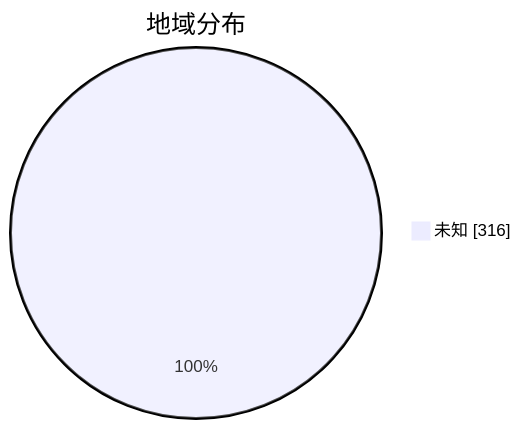
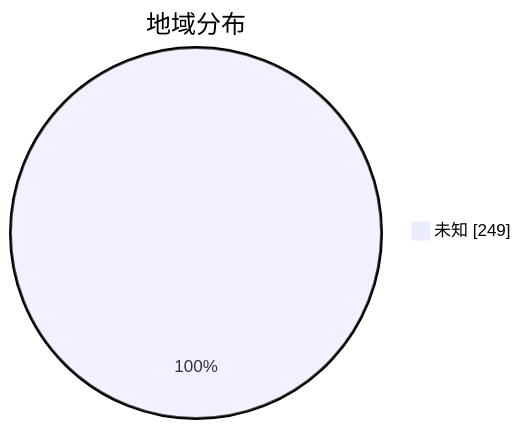
Before and after one commit to qjlxg/airport: the second of 3 diagrams in subs/statistics/tested_within.md, drawn with Mermaid. The commit also changed other lines of this file and 2 other files, not shown here.

````diff
--- a/subs/statistics/tested_within.md
+++ b/subs/statistics/tested_within.md
@@ -14,5 +13,5 @@
 ```mermaid
 pie showData
 title 地域分布
-"未知" : 316
+"未知" : 249
 ```
````
